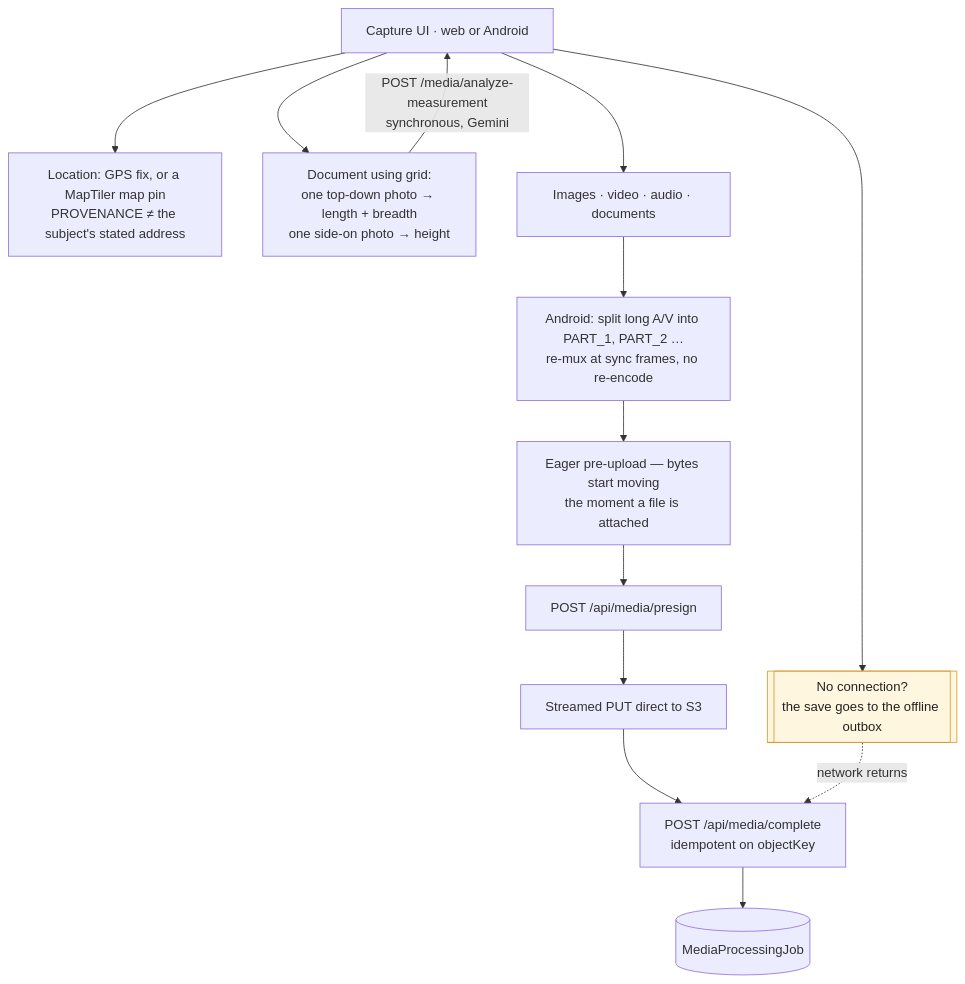
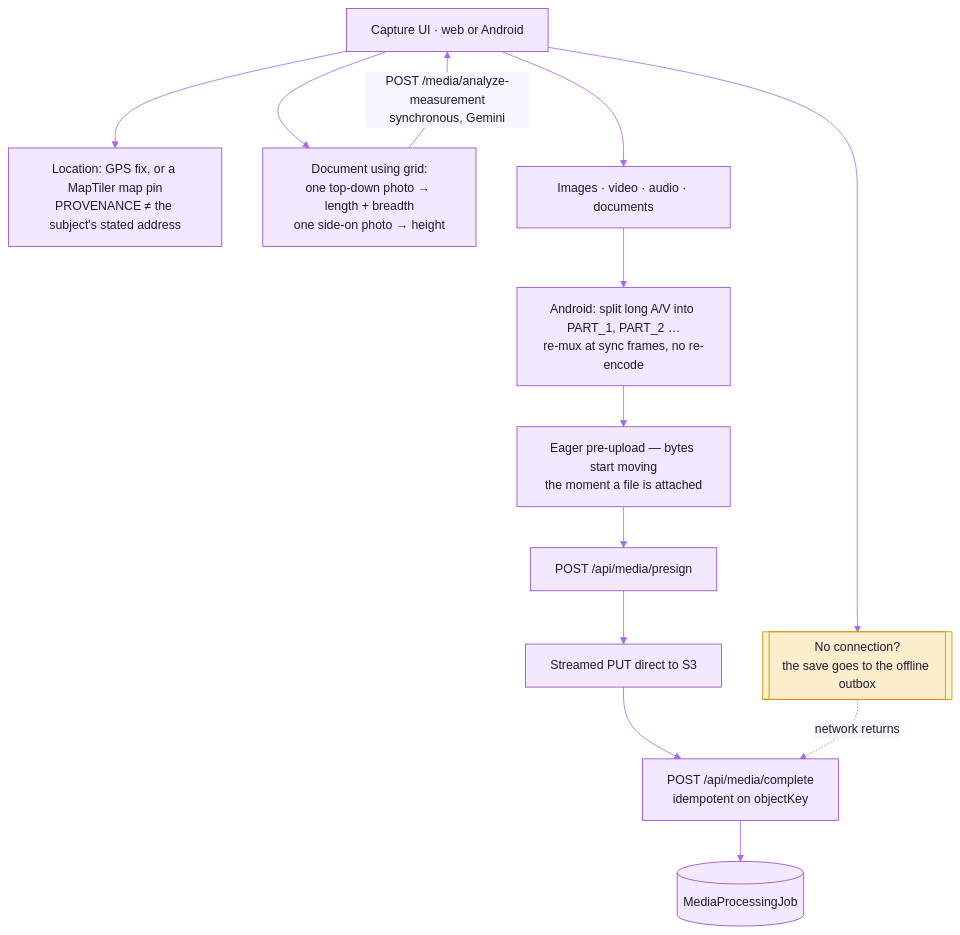
The seventh of 14 diagrams in docs/ARCHITECTURE.md (cxacraftecosystem-ui/documentation-portal), drawn with Mermaid before and after one commit. The commit also changed other lines of this file and 106 other files, not shown here.

First line of the commit message:
README showcase: the front page rebuilt on the README kit (copied from designer-portal) with Field Repository content, the readme-check workflow, every docs diagram themed, and the docs brought to 0.0.10

````diff
--- a/docs/ARCHITECTURE.md
+++ b/docs/ARCHITECTURE.md
@@ -287,26 +299,27 @@
 ```mermaid
+%%{init: {"theme":"base","themeVariables":{"fontFamily":"Inter, ui-sans-serif, system-ui, -apple-system, Segoe UI, Roboto, Helvetica, Arial, sans-serif","fontSize":"15px","primaryColor":"#F2E9FE","primaryTextColor":"#1E1B2E","primaryBorderColor":"#9148D2","secondaryColor":"#FAEECD","secondaryTextColor":"#1E1B2E","secondaryBorderColor":"#CD9200","tertiaryColor":"#F3F1FA","tertiaryTextColor":"#1E1B2E","tertiaryBorderColor":"#A7A3BC","mainBkg":"#F2E9FE","nodeBorder":"#9148D2","nodeTextColor":"#1E1B2E","lineColor":"#AA69E9","textColor":"#857F9E","edgeLabelBackground":"#F9F5FF","clusterBkg":"#F9F5FF","clusterBorder":"#D6B6FB","titleColor":"#762CB1","noteBkgColor":"#FAEECD","noteTextColor":"#1E1B2E","noteBorderColor":"#CD9200","actorBkg":"#F2E9FE","actorBorder":"#9148D2","actorTextColor":"#1E1B2E","actorLineColor":"#AA69E9","signalColor":"#AA69E9","signalTextColor":"#857F9E","labelBoxBkgColor":"#F2E9FE","labelBoxBorderColor":"#9148D2","labelTextColor":"#1E1B2E","loopTextColor":"#857F9E","activationBkgColor":"#E7D5FE","activationBorderColor":"#9148D2","sequenceNumberColor":"#FFFFFF","transitionColor":"#AA69E9","transitionLabelColor":"#857F9E","stateLabelColor":"#1E1B2E","stateBkg":"#F2E9FE","compositeBackground":"#F9F5FF","compositeTitleBackground":"#F2E9FE","attributeBackgroundColorOdd":"#FFFFFF","attributeBackgroundColorEven":"#F9F5FF","relationColor":"#AA69E9","relationLabelBackground":"#F9F5FF","relationLabelColor":"#1E1B2E"}}}%%
 flowchart TD
   ui[Capture UI · web or Android]
   geo["Location: GPS fix, or a MapTiler map pin<br/>PROVENANCE ≠ the subject's stated address"]
   grid["Document using grid:<br/>one top-down photo → length + breadth<br/>one side-on photo → height"]
   files[Images · video · audio · documents]
   split["Android: split long A/V into PART_1, PART_2 …<br/>re-mux at sync frames, no re-encode"]
   eager["Eager pre-upload — bytes start moving<br/>the moment a file is attached"]
   presign[POST /api/media/presign]
   put[Streamed PUT direct to S3]
   complete["POST /api/media/complete<br/>idempotent on objectKey"]
   queue[(MediaProcessingJob)]
   outbox[["No connection?<br/>the save goes to the offline outbox"]]
 
   ui --> geo
   ui --> grid
   ui --> files
   files --> split --> eager
   grid -->|POST /media/analyze-measurement<br/>synchronous, Gemini| ui
   eager --> presign --> put --> complete
   complete --> queue
   ui --> outbox
   outbox -.->|network returns| complete
 
-  style outbox fill:#fff6e0,stroke:#d89a2a,color:#222
+  style outbox fill:#FAEECD,stroke:#CD9200,color:#1E1B2E
 ```
````
